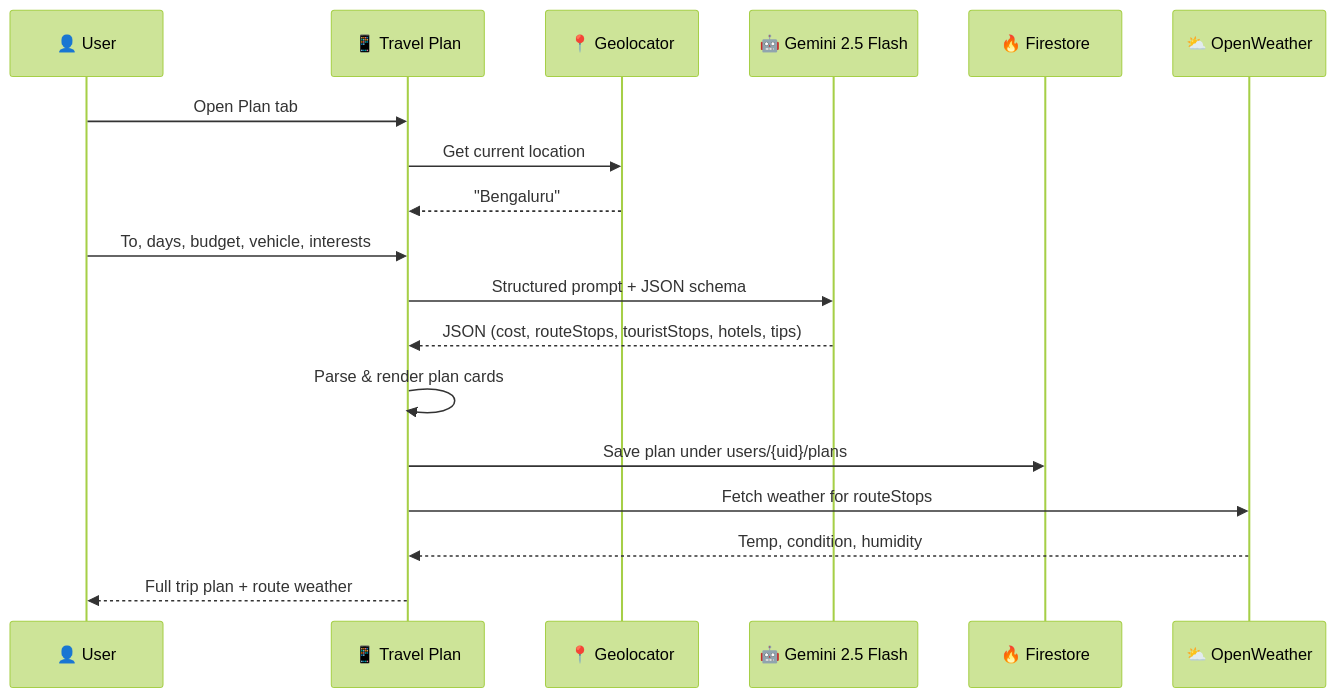
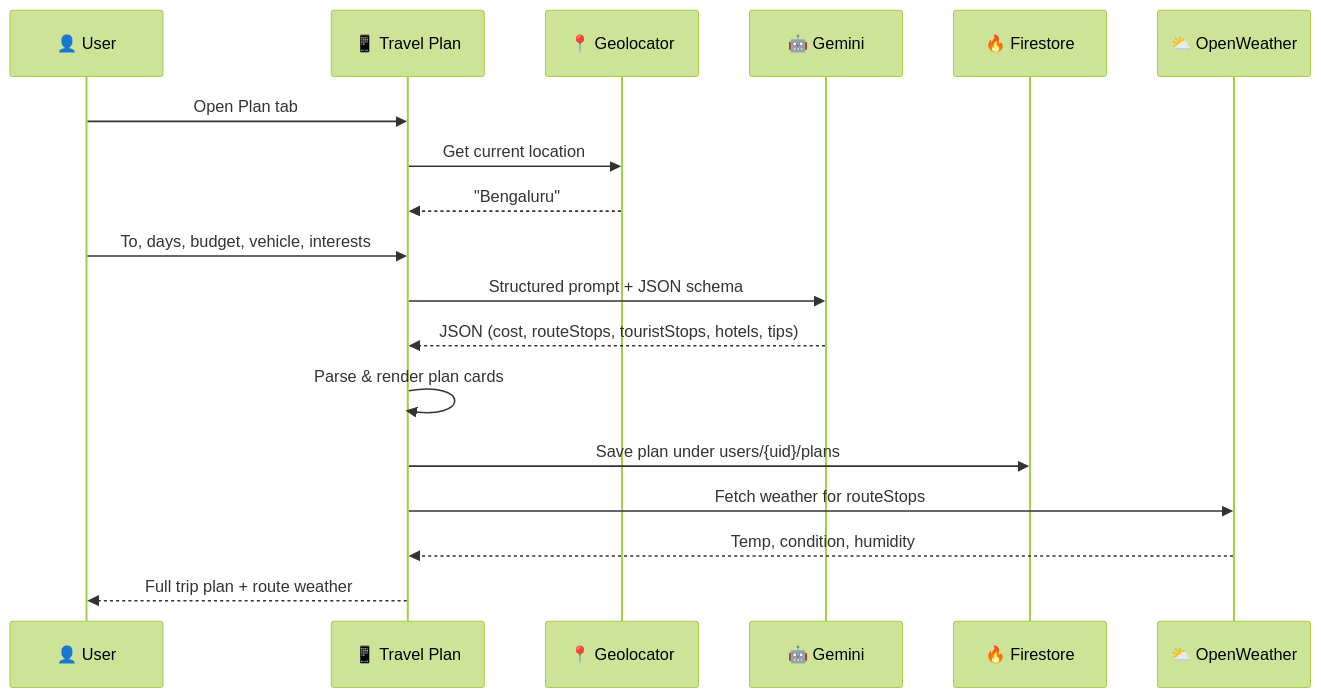
Before and after one commit to nvaltryek-001/Travel_Plan: the second of 2 diagrams in README.md, drawn with Mermaid (forest theme). The commit also changed other lines of this file, not shown here.

````diff
--- a/README.md
+++ b/README.md
@@ -119,21 +123,21 @@
 ```mermaid
 sequenceDiagram
     participant U as 👤 User
     participant App as 📱 Travel Plan
     participant GPS as 📍 Geolocator
-    participant AI as 🤖 Gemini 2.5 Flash
+    participant AI as 🤖 Gemini
     participant DB as 🔥 Firestore
     participant W as ⛅ OpenWeather
 
     U->>App: Open Plan tab
     App->>GPS: Get current location
     GPS-->>App: "Bengaluru"
     U->>App: To, days, budget, vehicle, interests
     App->>AI: Structured prompt + JSON schema
     AI-->>App: JSON (cost, routeStops, touristStops, hotels, tips)
     App->>App: Parse & render plan cards
     App->>DB: Save plan under users/{uid}/plans
     App->>W: Fetch weather for routeStops
     W-->>App: Temp, condition, humidity
     App-->>U: Full trip plan + route weather
 ```
````
